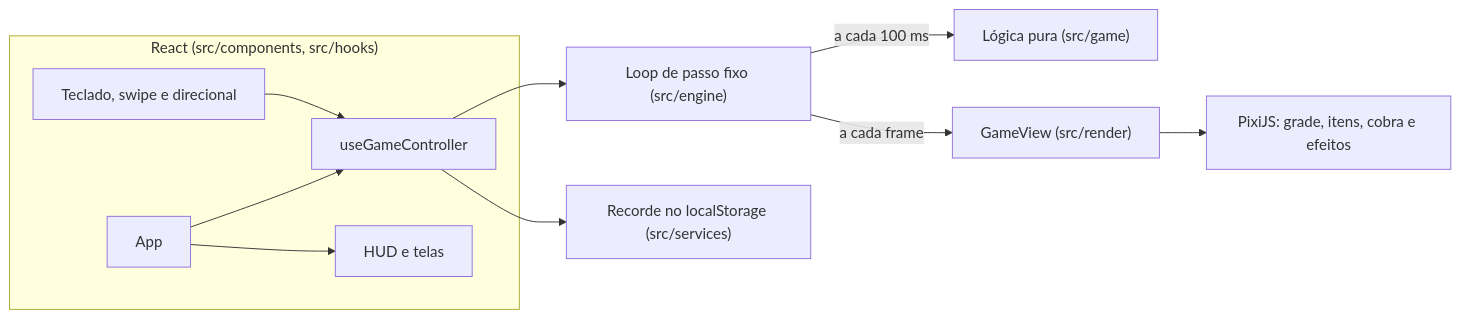
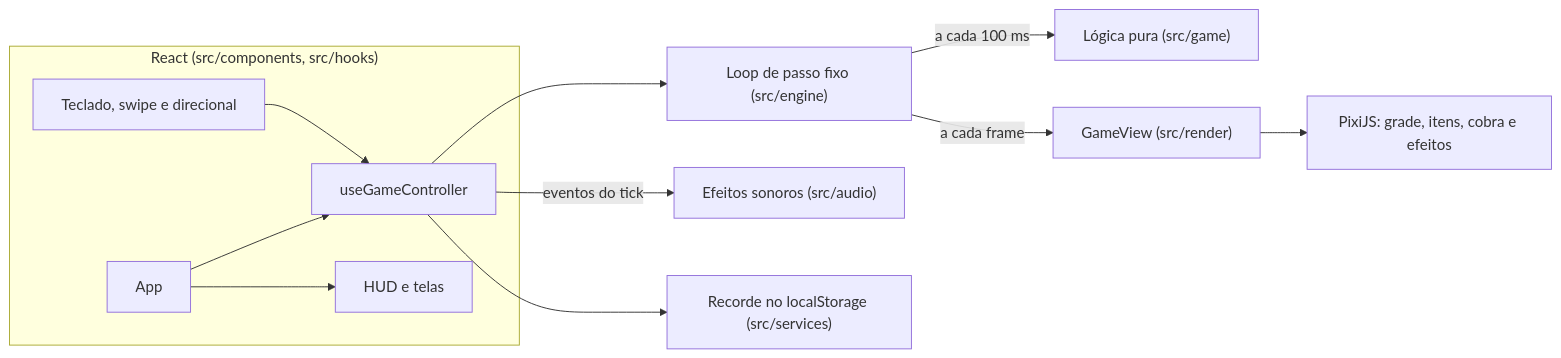
Before and after one commit to athena272/snake-game: the diagram in README.md, drawn with Mermaid. The commit also changed other lines of this file and 1 other file, not shown here.

First line of the commit message:
docs: adicionar GIF de gameplay, link do jogo e documentação dos efeitos sonoros

````diff
--- a/README.md
+++ b/README.md
@@ -49,13 +48,14 @@
 ```mermaid
 flowchart LR
   subgraph UI["React (src/components, src/hooks)"]
     App --> Controller["useGameController"]
     Input["Teclado, swipe e direcional"] --> Controller
     App --> Hud["HUD e telas"]
   end
   Controller --> Loop["Loop de passo fixo (src/engine)"]
   Loop -->|"a cada 100 ms"| Game["Lógica pura (src/game)"]
   Loop -->|"a cada frame"| View["GameView (src/render)"]
   View --> Pixi["PixiJS: grade, itens, cobra e efeitos"]
+  Controller -->|"eventos do tick"| Audio["Efeitos sonoros (src/audio)"]
   Controller --> Storage["Recorde no localStorage (src/services)"]
 ```
````
